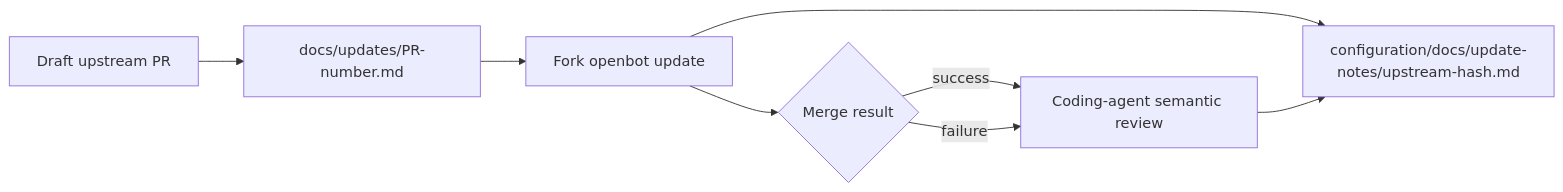
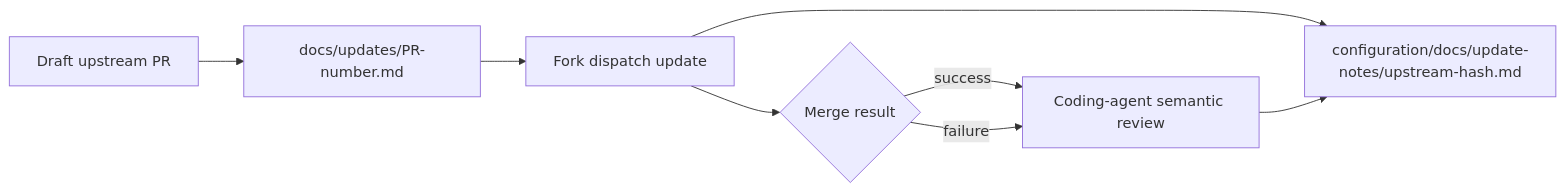
One commit to trytilde/dispatch changed the second of 2 diagrams in docs/adrs/0013-repository-bootstrap-and-fork-updates.md. Above: the diagram before and after it, drawn with Mermaid. The commit also changed other lines of this file and 668 other files, not shown here.

````diff
--- a/docs/adrs/0013-repository-bootstrap-and-fork-updates.md
+++ b/docs/adrs/0013-repository-bootstrap-and-fork-updates.md
@@ -77,10 +77,10 @@
 ```mermaid
 flowchart LR
   P["Draft upstream PR"] --> D["docs/updates/PR-number.md"]
-  D --> F["Fork openbot update"]
+  D --> F["Fork dispatch update"]
   F --> N["configuration/docs/update-notes/upstream-hash.md"]
   F --> M{"Merge result"}
   M -->|"success"| A["Coding-agent semantic review"]
   M -->|"failure"| A
   A --> N
 ```
````
